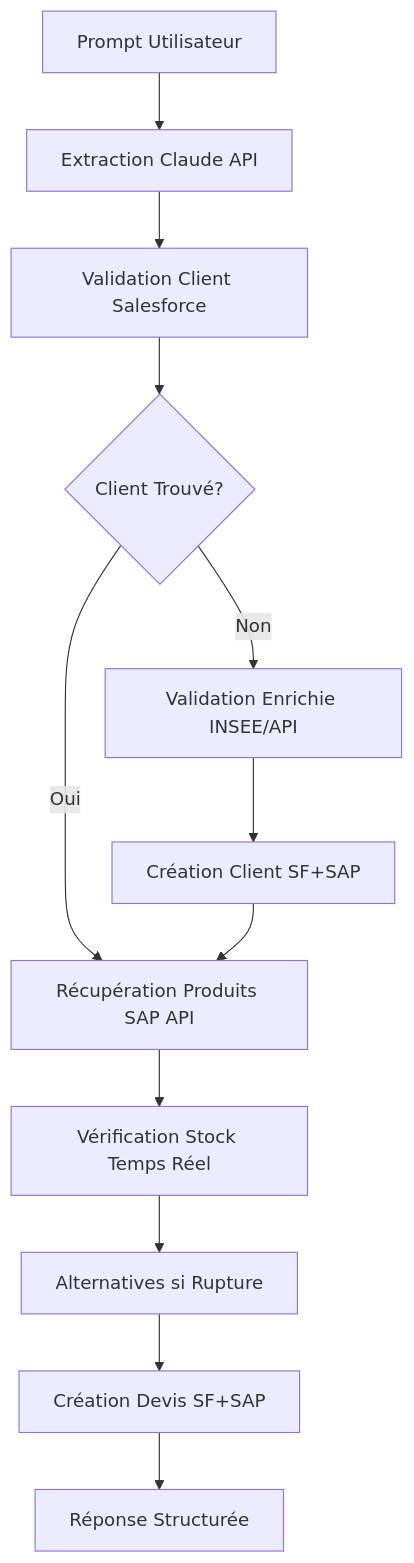
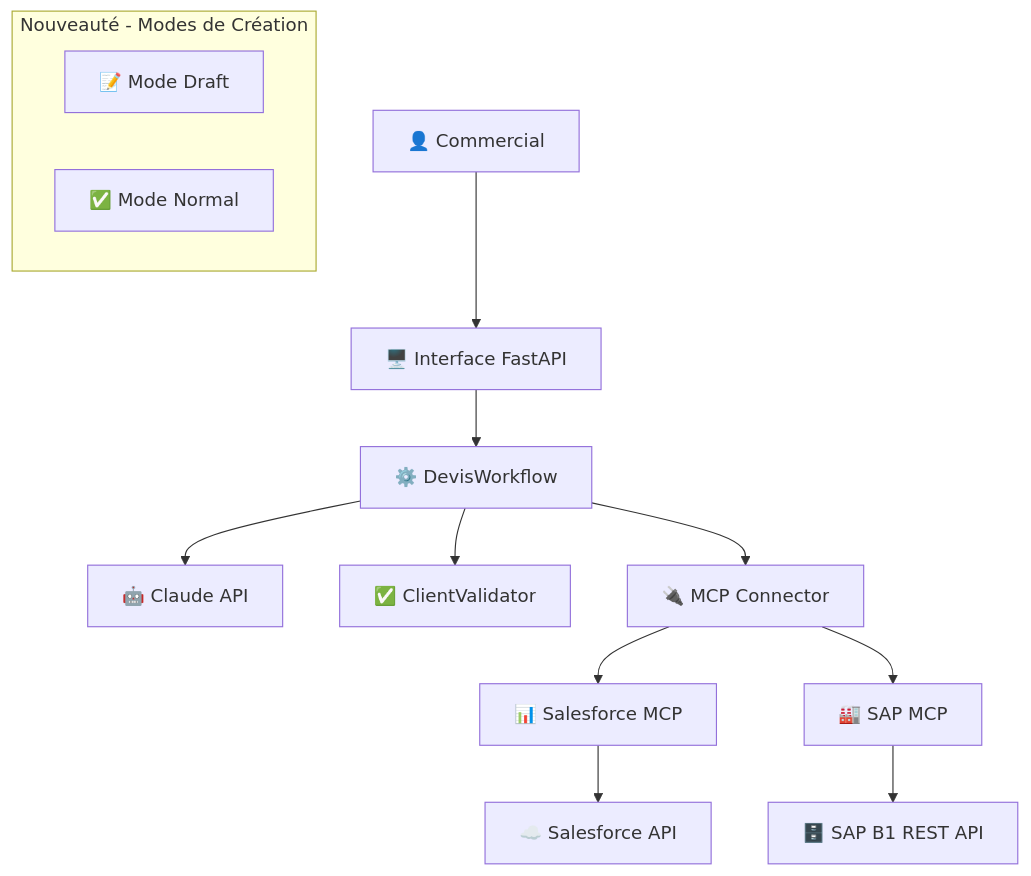
The diagram in README.md (Philprz/nova-server), drawn with Mermaid before and after one commit. The commit also changed other lines of this file and 4 other files, not shown here.

Commit message:
Ok devis html, ok pdf, Ok mode draft et normal

````diff
--- a/README.md
+++ b/README.md
@@ -255,14 +15,17 @@
 ```mermaid
-graph TD
-    A[Prompt Utilisateur] --> B[Extraction Claude API]
-    B --> C[Validation Client Salesforce]
-    C --> D{Client Trouvé?}
-    D -->|Non| E[Validation Enrichie INSEE/API]
-    E --> F[Création Client SF+SAP]
-    D -->|Oui| G[Récupération Produits SAP API]
-    F --> G
-    G --> H[Vérification Stock Temps Réel]
-    H --> I[Alternatives si Rupture]
-    I --> J[Création Devis SF+SAP]
-    J --> K[Réponse Structurée]
+graph TB
+    User[👤 Commercial] --> Interface[🖥️ Interface FastAPI]
+    Interface --> Workflow[⚙️ DevisWorkflow]
+    Workflow --> Claude[🤖 Claude API]
+    Workflow --> Validator[✅ ClientValidator]
+    Workflow --> MCP[🔌 MCP Connector]
+    MCP --> SF[📊 Salesforce MCP]
+    MCP --> SAP[🏭 SAP MCP]
+    SF --> SalesforceAPI[☁️ Salesforce API]
+    SAP --> SAPAPI[🗄️ SAP B1 REST API]
+    
+    subgraph "Nouveauté - Modes de Création"
+        Draft[📝 Mode Draft]
+        Normal[✅ Mode Normal]
+    end
 ```
````
